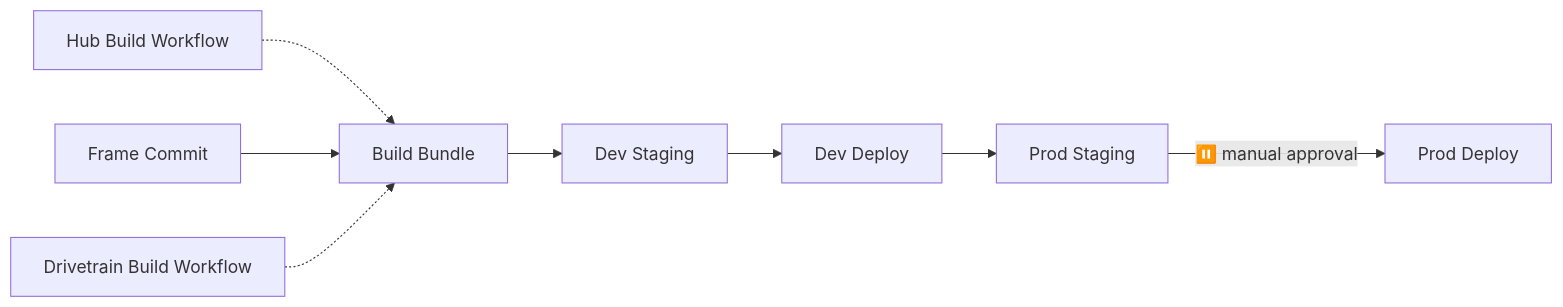
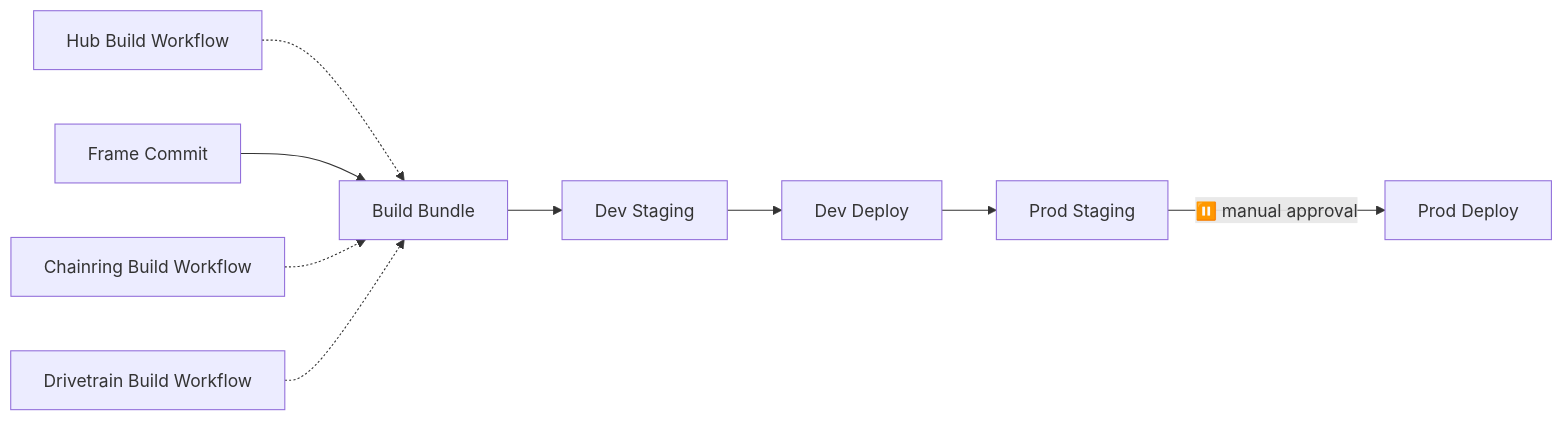
One commit to kreed/ridelines-frame changed the diagram in README.md. Above: the diagram before and after it, drawn with Mermaid. The commit also changed other lines of this file, not shown here.

````diff
--- a/README.md
+++ b/README.md
@@ -21,12 +21,13 @@
 ```mermaid
 flowchart LR
     HUB[Hub Build Workflow] -.-> BUILD[Build Bundle]
     FRAME[Frame Commit] --> BUILD
+    CHAIN[Chainring Build Workflow] -.-> BUILD
     DRIVE[Drivetrain Build Workflow] -.-> BUILD
 
     BUILD --> DEV_STAGE[Dev Staging]
     DEV_STAGE --> DEV_DEPLOY[Dev Deploy]
     
     DEV_DEPLOY --> PROD_STAGE[Prod Staging]
     PROD_STAGE -->|⏸️ manual approval| PROD_DEPLOY[Prod Deploy]
 ```
````
